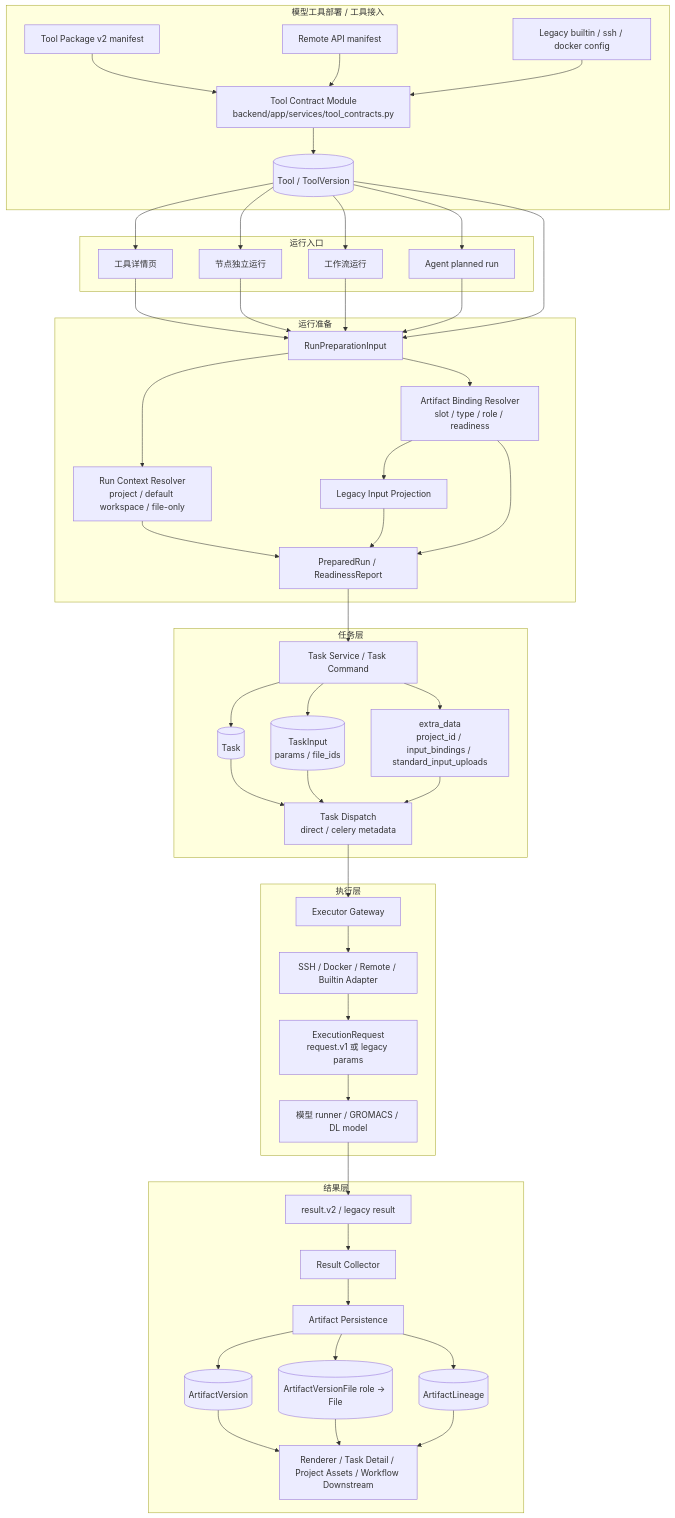
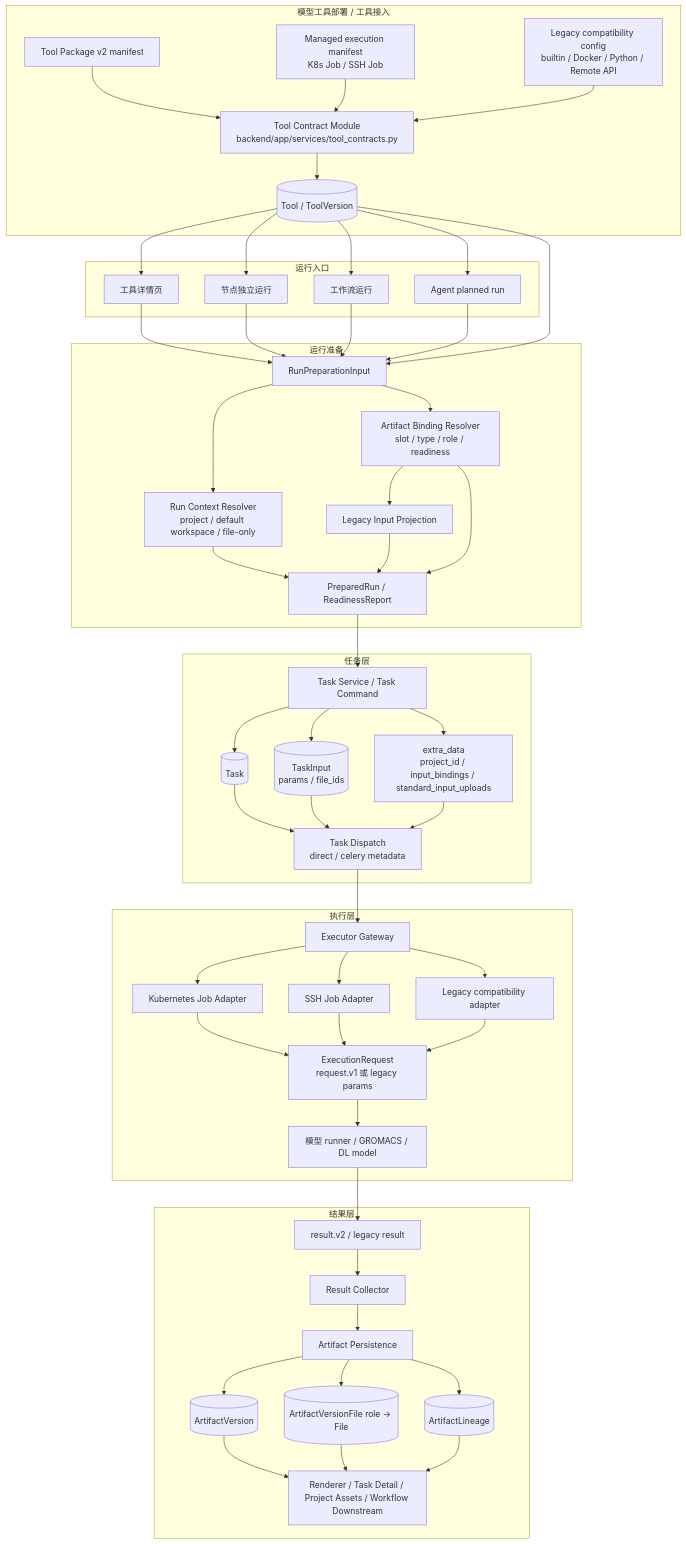
Before and after one commit to zyc6665/cnpharm-aidd: the first of 8 diagrams in docs/architecture/18-核心模块链路可视化.md, drawn with Mermaid. The commit also changed other lines of this file and 200 other files, not shown here.

```diff
--- a/docs/architecture/18-核心模块链路可视化.md
+++ b/docs/architecture/18-核心模块链路可视化.md
@@ -29,8 +29,8 @@
 flowchart TB
   subgraph ToolOnboarding[模型工具部署 / 工具接入]
     TP[Tool Package v2 manifest]
-    RT[Remote API manifest]
-    LT[Legacy builtin / ssh / docker config]
+    RT[Managed execution manifest\nK8s Job / SSH Job]
+    LT[Legacy compatibility config\nbuiltin / Docker / Python / Remote API]
     TCB[Tool Contract Module\nbackend/app/services/tool_contracts.py]
     TV[(Tool / ToolVersion)]
   end
@@ -60,7 +60,9 @@
 
   subgraph Execution[执行层]
     EG[Executor Gateway]
-    SSH[SSH / Docker / Remote / Builtin Adapter]
+    K8S[Kubernetes Job Adapter]
+    SSH[SSH Job Adapter]
+    LEGACY[Legacy compatibility adapter]
     REQ[ExecutionRequest\nrequest.v1 或 legacy params]
     RUN[模型 runner / GROMACS / DL model]
   end
@@ -104,8 +106,12 @@
   TI --> DISP
   ED --> DISP
   DISP --> EG
+  EG --> K8S
   EG --> SSH
+  EG --> LEGACY
+  K8S --> REQ
   SSH --> REQ
+  LEGACY --> REQ
   REQ --> RUN
   RUN --> RES
   RES --> RC
```
